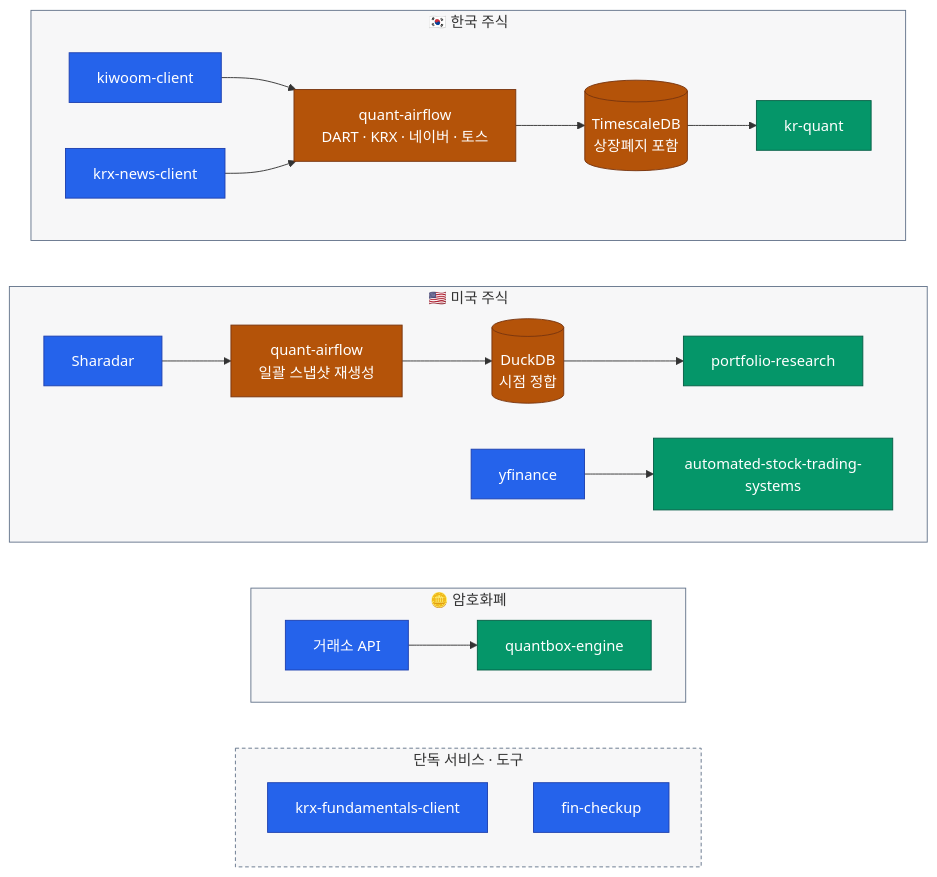
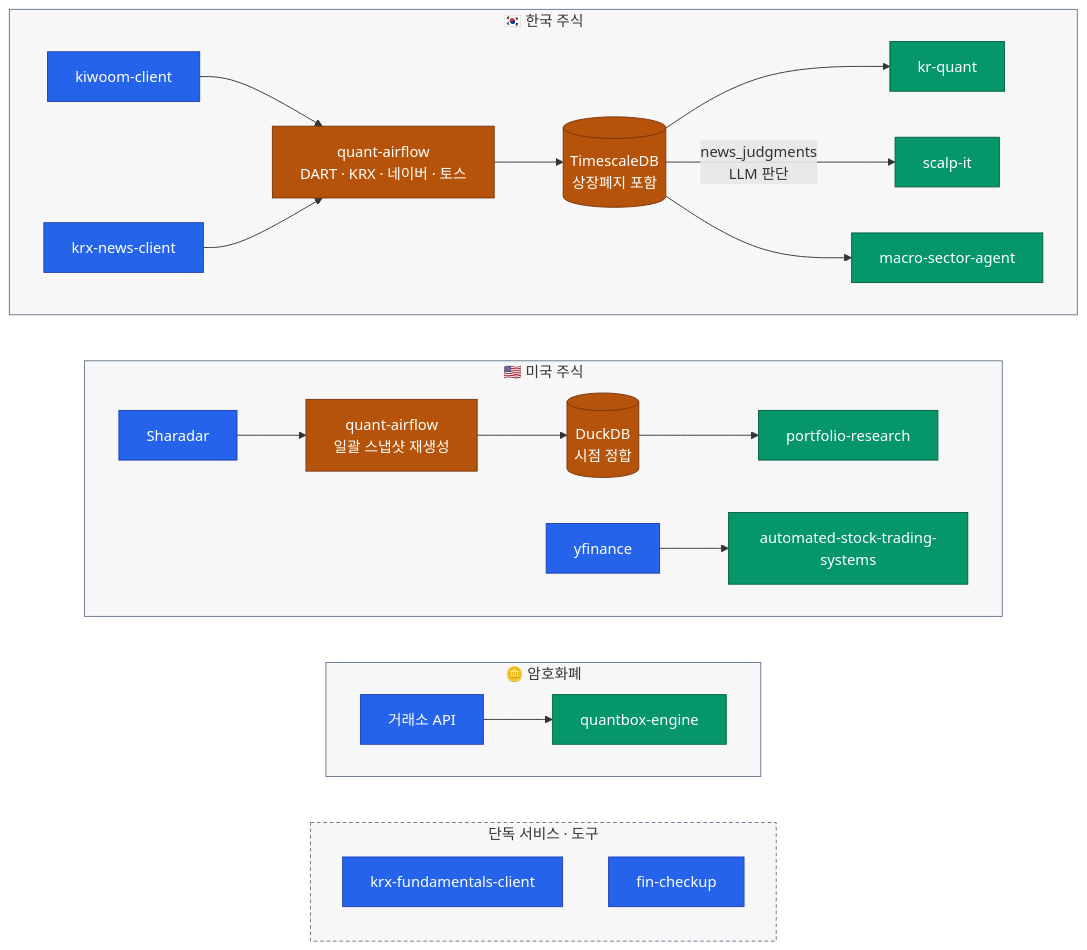
Before and after one commit to younghwan91/younghwan91: the diagram in README.ko.md, drawn with Mermaid. The commit also changed other lines of this file and 1 other file, not shown here.

Commit message:
docs(readme): scalp-it·macro-sector-agent를 quant-airflow 다이어그램에 반영
quant-airflow가 news_judgments(LLM 뉴스/공시 판단)를 만들어 scalp-it의
장중 필터링에 공급하는 경로를 추가하고, DAG 개수(14→16)를 최신화한다.

Claude-Session: https://claude.ai/code/session_01Bw1mhpPri84snwHmmrGzMx

````diff
--- a/README.ko.md
+++ b/README.ko.md
@@ -22,41 +22,43 @@
 ```mermaid
 flowchart TB
     subgraph KR ["🇰🇷 한국 주식"]
         direction LR
         K["kiwoom-client"] --> AF["quant-airflow<br/>DART · KRX · 네이버 · 토스"] --> DB[("TimescaleDB<br/>상장폐지 포함")] --> Q["kr-quant"]
         NW["krx-news-client"] --> AF
+        DB -- "news_judgments<br/>LLM 판단" --> SC["scalp-it"]
+        DB --> MS["macro-sector-agent"]
     end
 
     subgraph US ["🇺🇸 미국 주식"]
         direction LR
         SH["Sharadar"] --> AFU["quant-airflow<br/>일괄 스냅샷 재생성"] --> DD[("DuckDB<br/>시점 정합")] --> O["portfolio-research"]
         YF["yfinance"] --> AT["automated-stock-trading-systems"]
     end
 
     subgraph CX ["🪙 암호화폐"]
         direction LR
         EX["거래소 API"] --> CR["quantbox-engine"]
     end
 
     subgraph SVC ["단독 서비스 · 도구"]
         direction TB
         F["krx-fundamentals-client"]
         FC["fin-checkup"]
     end
 
     %% 세로 정렬용 — `~~~` 는 그 자체로 보이지 않는 링크다(linkStyle 불필요).
     KR ~~~ US ~~~ CX ~~~ SVC
 
     classDef source fill:#2563EB,stroke:#1E40AF,color:#FFFFFF
     classDef move   fill:#B45309,stroke:#78350F,color:#FFFFFF
     classDef out    fill:#059669,stroke:#065F46,color:#FFFFFF
 
     class K,SH,YF,EX,F,NW,FC source
     class AF,AFU,DB,DD move
-    class Q,O,AT,CR out
+    class Q,O,AT,CR,SC,MS out
 
     style KR  fill:#0F172A08,stroke:#64748B
     style US  fill:#0F172A08,stroke:#64748B
     style CX  fill:#0F172A08,stroke:#64748B
     style SVC fill:#0F172A08,stroke:#64748B,stroke-dasharray:4 3
 ```
````
